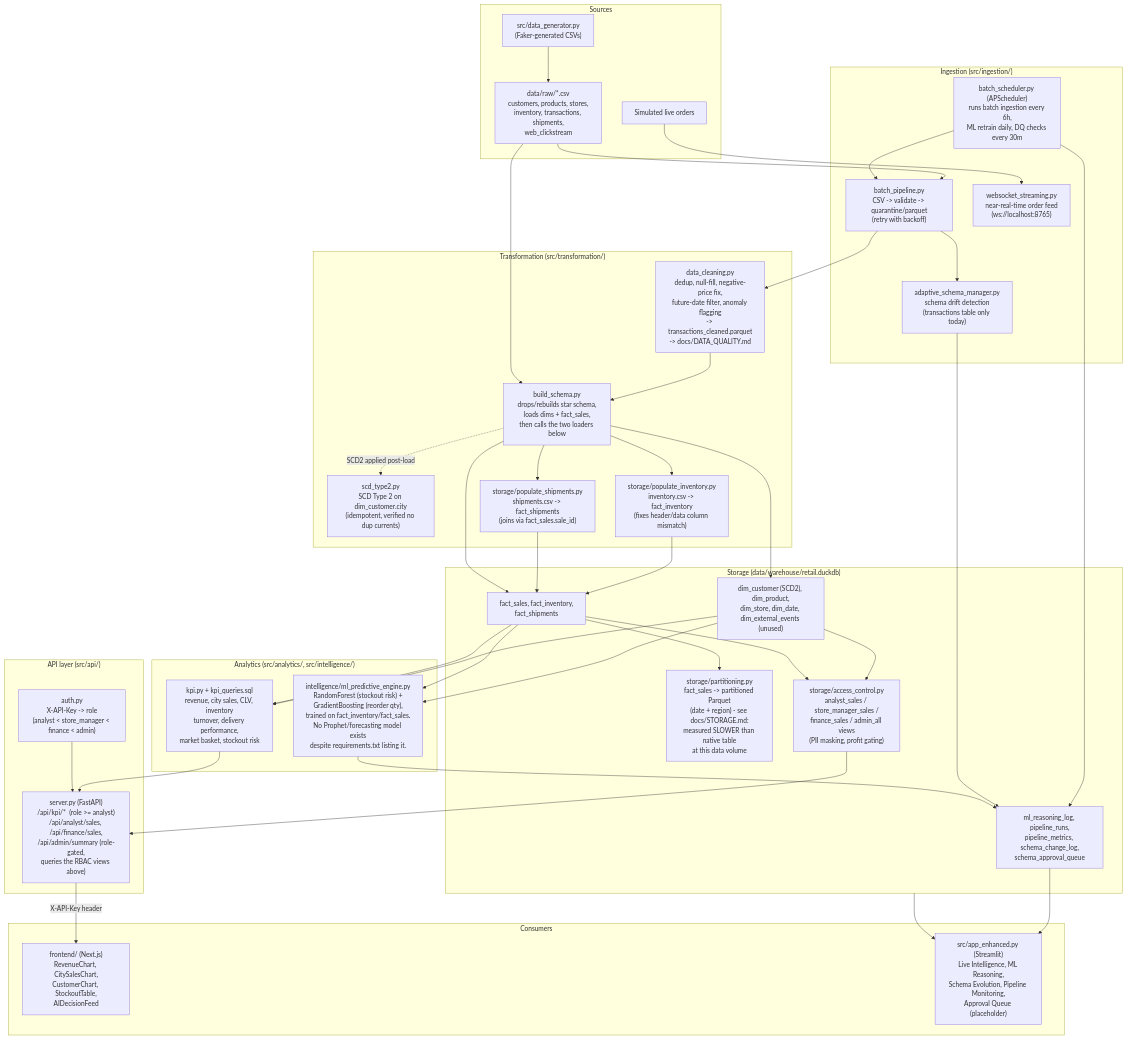
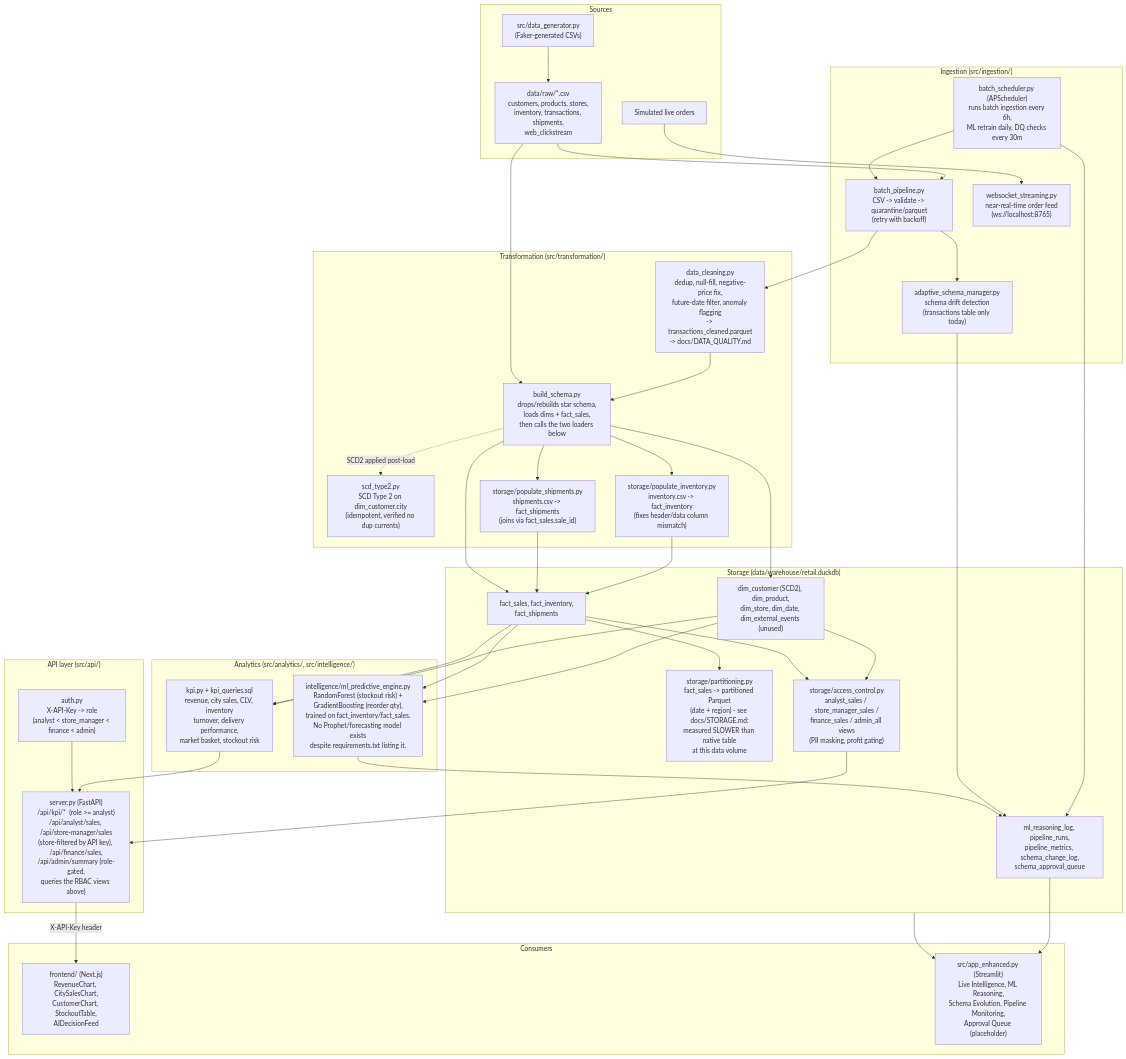
One commit to ramkirangaruda/RetailOS changed the diagram in docs/ARCHITECTURE.md. Above: the diagram before and after it, drawn with Mermaid. The commit also changed 11 other files, not shown here.

```diff
--- a/docs/ARCHITECTURE.md
+++ b/docs/ARCHITECTURE.md
@@ -74,7 +74,7 @@
 
     subgraph API["API layer (src/api/)"]
         AUTH["auth.py\nX-API-Key -> role\n(analyst < store_manager < finance < admin)"]
-        SERVER["server.py (FastAPI)\n/api/kpi/*  (role >= analyst)\n/api/analyst/sales, /api/finance/sales,\n/api/admin/summary (role-gated,\nqueries the RBAC views above)"]
+        SERVER["server.py (FastAPI)\n/api/kpi/*  (role >= analyst)\n/api/analyst/sales, /api/store-manager/sales\n(store-filtered by API key), /api/finance/sales,\n/api/admin/summary (role-gated,\nqueries the RBAC views above)"]
     end
 
     KPI --> SERVER
```
